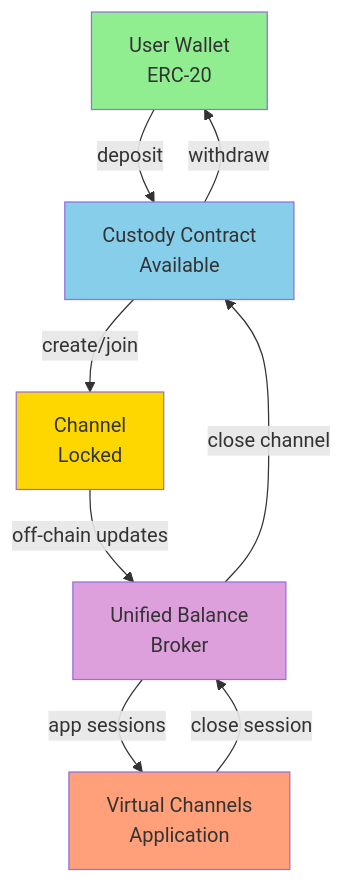
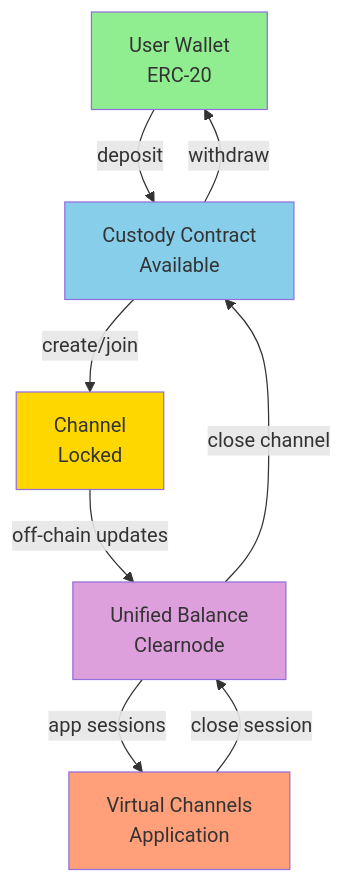
One commit to layer-3/docs changed the fourth of 4 diagrams in docs/protocol/architecture.mdx. Above: the diagram before and after it, drawn with Mermaid. The commit also changed other lines of this file and 6 other files, not shown here.

````diff
--- a/docs/protocol/architecture.mdx
+++ b/docs/protocol/architecture.mdx
@@ -119,16 +119,16 @@
 ```mermaid
 graph TB
     A[User Wallet<br/>ERC-20] -->|deposit| B[Custody Contract<br/>Available]
     B -->|create/join| C[Channel<br/>Locked]
-    C -->|off-chain updates| D[Unified Balance<br/>Broker]
+    C -->|off-chain updates| D[Unified Balance<br/>Clearnode]
     D -->|app sessions| E[Virtual Channels<br/>Application]
     E -->|close session| D
     D -->|close channel| B
     B -->|withdraw| A
     
     style A fill:#90EE90
     style B fill:#87CEEB
     style C fill:#FFD700
     style D fill:#DDA0DD
     style E fill:#FFA07A
 ```
````
